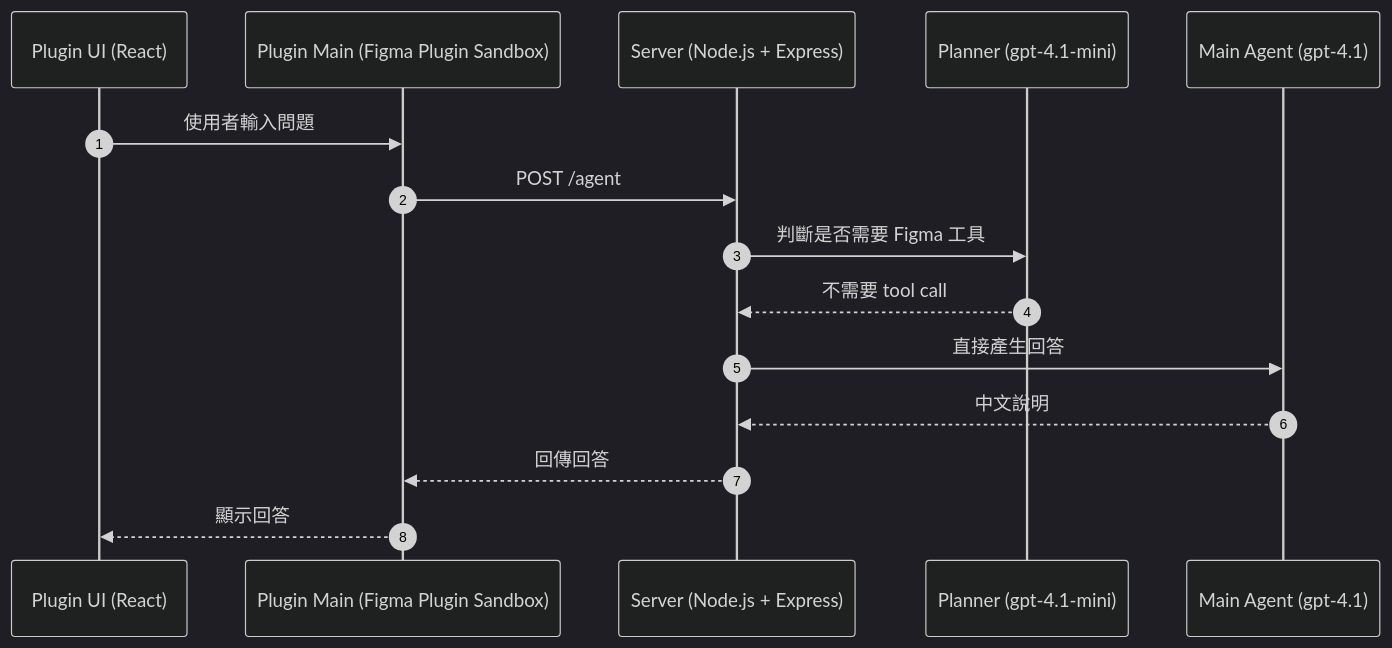
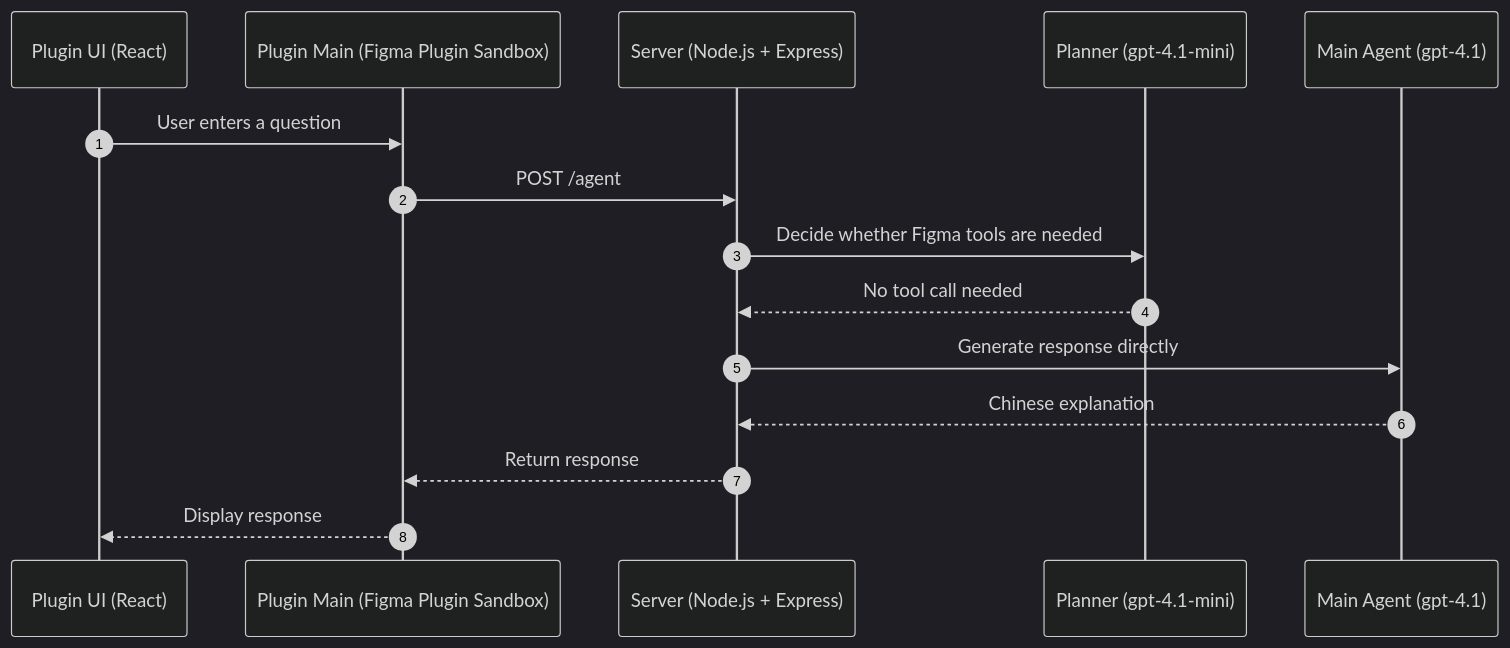
The first of 2 diagrams in README.md (pohan-c-tw/lumina), drawn with Mermaid (dark theme) before and after one commit. The commit also changed other lines of this file and 1 other file, not shown here.

````diff
--- a/README.md
+++ b/README.md
@@ -51,19 +69,19 @@
 ```mermaid
 sequenceDiagram
   autonumber
 
   participant UI as Plugin UI (React)
   participant Main as Plugin Main (Figma Plugin Sandbox)
   participant Server as Server (Node.js + Express)
   participant Planner as Planner (gpt-4.1-mini)
   participant Agent as Main Agent (gpt-4.1)
 
-  UI->>Main: 使用者輸入問題
+  UI->>Main: User enters a question
   Main->>Server: POST /agent
-  Server->>Planner: 判斷是否需要 Figma 工具
-  Planner-->>Server: 不需要 tool call
-  Server->>Agent: 直接產生回答
-  Agent-->>Server: 中文說明
-  Server-->>Main: 回傳回答
-  Main-->>UI: 顯示回答
+  Server->>Planner: Decide whether Figma tools are needed
+  Planner-->>Server: No tool call needed
+  Server->>Agent: Generate response directly
+  Agent-->>Server: Chinese explanation
+  Server-->>Main: Return response
+  Main-->>UI: Display response
 ```
````
